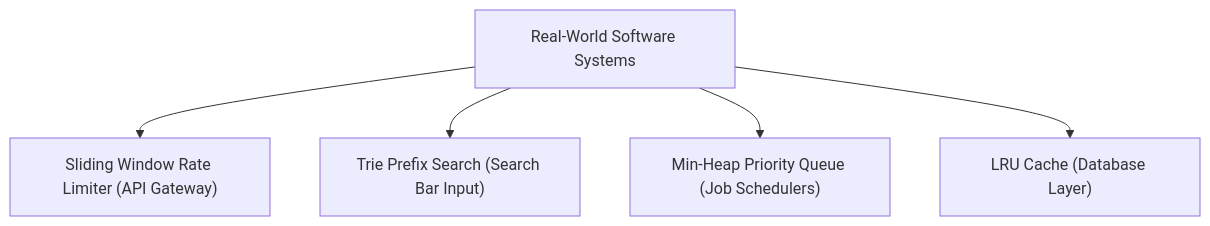
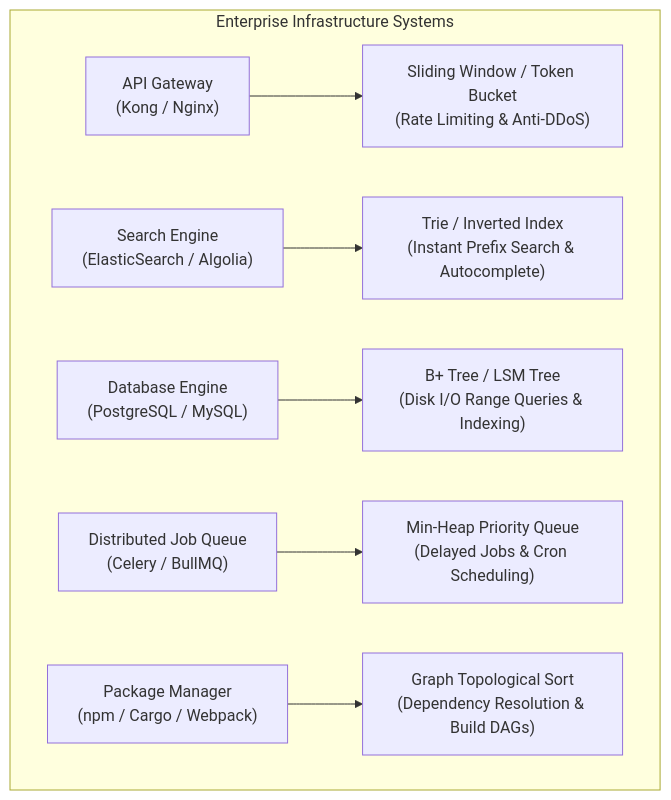
The first of 2 diagrams in js-dsa/25-real-world-dsa.md (Amie-dev/engineering-playbook), drawn with Mermaid before and after one commit. The commit also changed other lines of this file and 24 other files, not shown here.

First line of the commit message:
Refactor and enhance documentation for Greedy Algorithms, Bit Manipulation, LRU Cache, and Real-World DSA Applications

````diff
--- a/js-dsa/25-real-world-dsa.md
+++ b/js-dsa/25-real-world-dsa.md
@@ -10,7 +13,14 @@
 ```mermaid
 graph TD
-    System[Real-World Software Systems] --> Limiter["Sliding Window Rate Limiter (API Gateway)"]
-    System --> Autocomplete["Trie Prefix Search (Search Bar Input)"]
-    System --> TaskQueue["Min-Heap Priority Queue (Job Schedulers)"]
-    System --> Cache["LRU Cache (Database Layer)"]
+    subgraph Enterprise Infrastructure Systems
+        Gateway["API Gateway<br/>(Kong / Nginx)"] --> RateLimiter["Sliding Window / Token Bucket<br/>(Rate Limiting & Anti-DDoS)"]
+        
+        Search["Search Engine<br/>(ElasticSearch / Algolia)"] --> TrieEngine["Trie / Inverted Index<br/>(Instant Prefix Search & Autocomplete)"]
+        
+        Database["Database Engine<br/>(PostgreSQL / MySQL)"] --> BTree["B+ Tree / LSM Tree<br/>(Disk I/O Range Queries & Indexing)"]
+        
+        Scheduler["Distributed Job Queue<br/>(Celery / BullMQ)"] --> MinHeap["Min-Heap Priority Queue<br/>(Delayed Jobs & Cron Scheduling)"]
+        
+        BuildSystem["Package Manager<br/>(npm / Cargo / Webpack)"] --> TopoSort["Graph Topological Sort<br/>(Dependency Resolution & Build DAGs)"]
+    end
 ```
````
